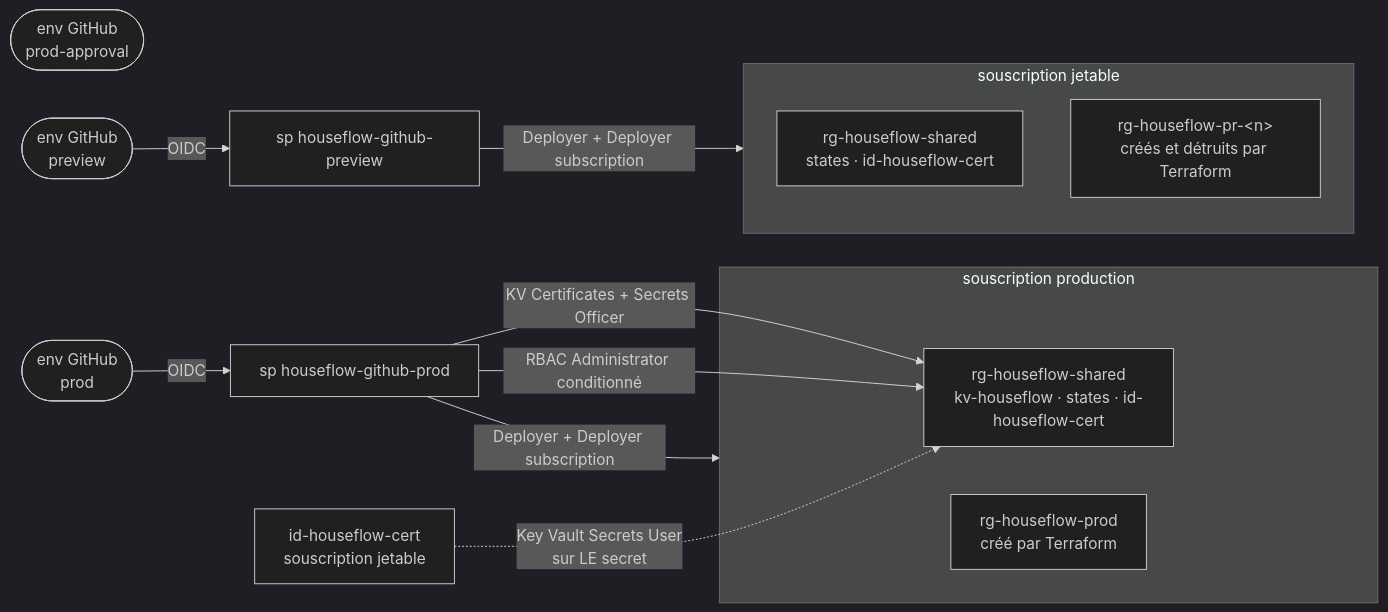
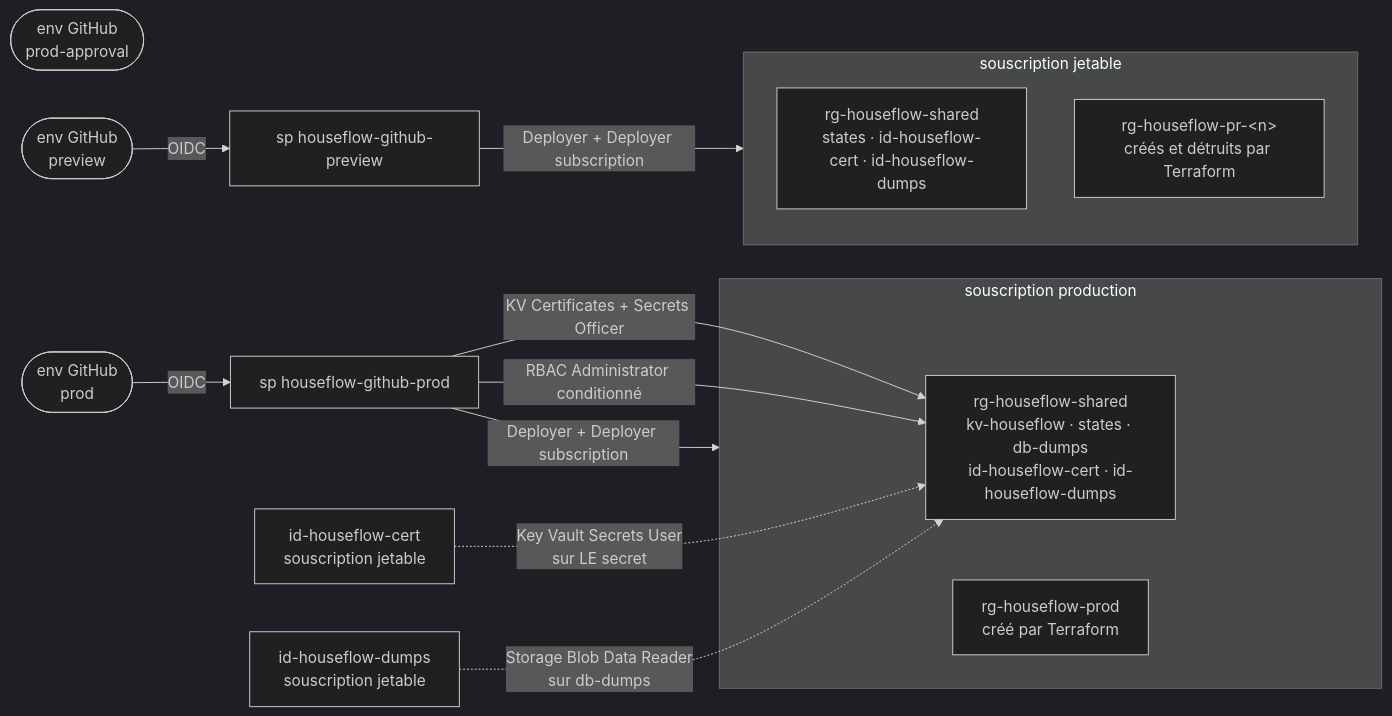
The diagram in infrastructure/rbac/README.md (BarbeRouss/HouseFlow), drawn with Mermaid (dark theme) before and after one commit. The commit also changed other lines of this file and 25 other files, not shown here.

````diff
--- a/infrastructure/rbac/README.md
+++ b/infrastructure/rbac/README.md
@@ -33,25 +33,26 @@
 ```mermaid
 graph LR
   EA(["env GitHub<br/>prod-approval"])
 
   EO(["env GitHub<br/>prod"]) -->|OIDC| SPO["sp houseflow-github-prod"]
   EV(["env GitHub<br/>preview"]) -->|OIDC| SPV["sp houseflow-github-preview"]
 
   subgraph SUBP ["souscription production"]
-    RGS["rg-houseflow-shared<br/>kv-houseflow · states · id-houseflow-cert"]
+    RGS["rg-houseflow-shared<br/>kv-houseflow · states · db-dumps<br/>id-houseflow-cert · id-houseflow-dumps"]
     RGO["rg-houseflow-prod<br/>créé par Terraform"]
   end
 
   subgraph SUBE ["souscription jetable"]
-    RGSE["rg-houseflow-shared<br/>states · id-houseflow-cert"]
+    RGSE["rg-houseflow-shared<br/>states · id-houseflow-cert · id-houseflow-dumps"]
     RGX["rg-houseflow-pr-&lt;n&gt;<br/>créés et détruits par Terraform"]
   end
 
   SPO -->|Deployer + Deployer subscription| SUBP
   SPO -->|KV Certificates + Secrets Officer| RGS
   SPO -->|RBAC Administrator conditionné| RGS
 
   SPV -->|Deployer + Deployer subscription| SUBE
 
   IDC["id-houseflow-cert<br/>souscription jetable"] -.->|Key Vault Secrets User<br/>sur LE secret| RGS
+  IDD["id-houseflow-dumps<br/>souscription jetable"] -.->|Storage Blob Data Reader<br/>sur db-dumps| RGS
 ```
````
